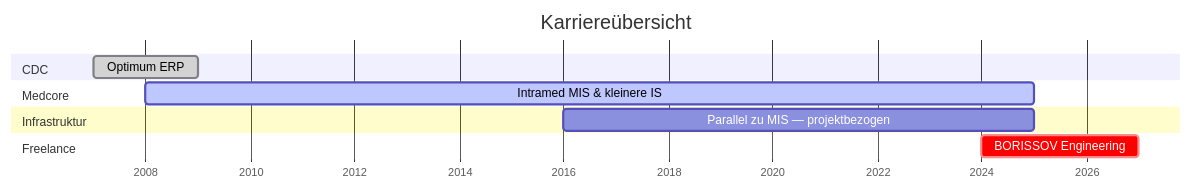
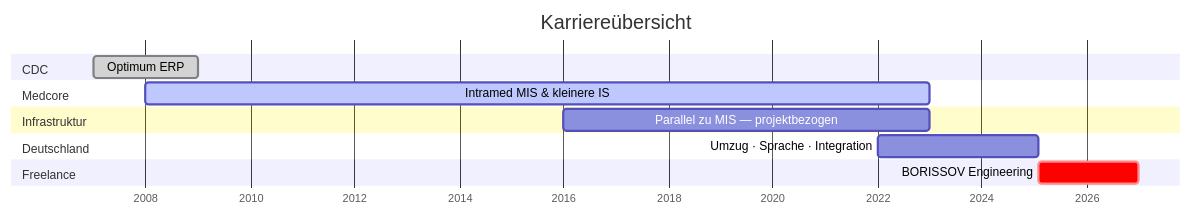
Before and after one commit to boralekc/cv: the diagram in 02-career/timeline.md, drawn with Mermaid. The commit also changed other lines of this file and 18 other files, not shown here.

First line of the commit message:
Update career documentation to reflect accurate timelines and responsibilities

````diff
--- a/02-career/timeline.md
+++ b/02-career/timeline.md
@@ -60,18 +69,21 @@
 ```mermaid
 gantt
     title Karriereübersicht
     dateFormat YYYY-MM-DD
     axisFormat %Y
 
     section CDC
     Optimum ERP :done, 2007-01-01, 2008-12-31
 
     section Medcore
-    Intramed MIS & kleinere IS :active, 2008-01-01, 2024-12-31
+    Intramed MIS & kleinere IS :active, 2008-01-01, 2022-12-31
 
     section Infrastruktur
-    Parallel zu MIS — projektbezogen :infra, 2016-01-01, 2024-12-31
+    Parallel zu MIS — projektbezogen :infra, 2016-01-01, 2022-12-31
+
+    section Deutschland
+    Umzug · Sprache · Integration :de, 2022-01-01, 2025-02-01
 
     section Freelance
-    BORISSOV Engineering :crit, 2024-01-01, 2027-01-01
+    BORISSOV Engineering :crit, 2025-02-01, 2027-01-01
 ```
````
